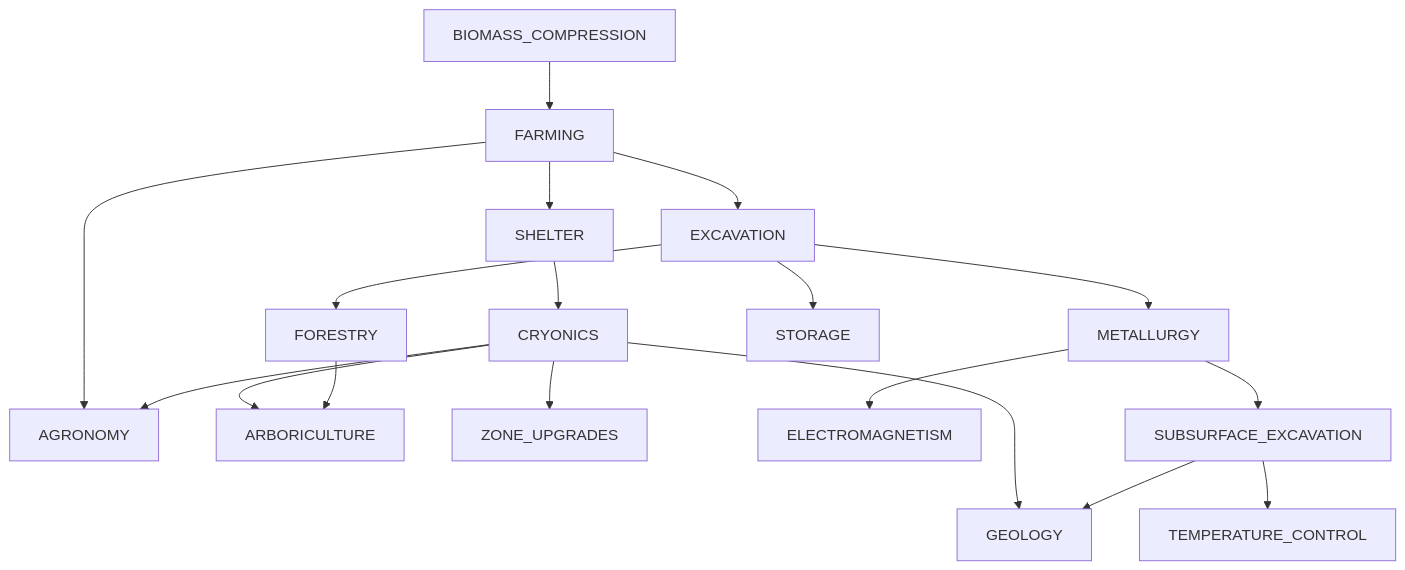
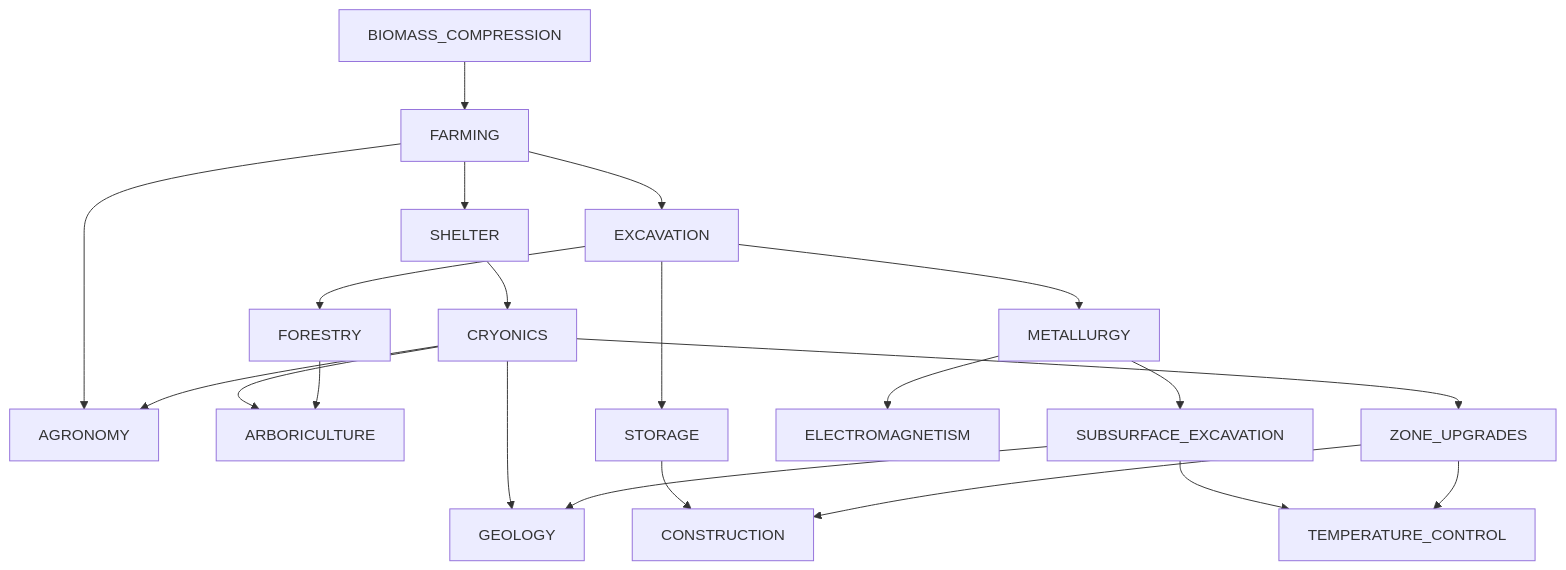
One commit to krnsk0/idler changed the diagram in docs/TECH_TREE.md. Above: the diagram before and after it, drawn with Mermaid. The commit also changed 10 other files, not shown here.

````diff
--- a/docs/TECH_TREE.md
+++ b/docs/TECH_TREE.md
@@ -6,21 +6,24 @@
 ```mermaid
 flowchart TD;
   BIOMASS_COMPRESSION --> FARMING
   FARMING --> SHELTER
   FARMING --> EXCAVATION
   FARMING --> AGRONOMY
   SHELTER --> CRYONICS
   CRYONICS --> AGRONOMY
   CRYONICS --> ARBORICULTURE
   CRYONICS --> GEOLOGY
   CRYONICS --> ZONE_UPGRADES
   FORESTRY --> ARBORICULTURE
+  STORAGE --> CONSTRUCTION
   EXCAVATION --> METALLURGY
   EXCAVATION --> STORAGE
   EXCAVATION --> FORESTRY
   METALLURGY --> ELECTROMAGNETISM
   METALLURGY --> SUBSURFACE_EXCAVATION
   SUBSURFACE_EXCAVATION --> GEOLOGY
   SUBSURFACE_EXCAVATION --> TEMPERATURE_CONTROL
+  ZONE_UPGRADES --> CONSTRUCTION
+  ZONE_UPGRADES --> TEMPERATURE_CONTROL
 
 ```
````
